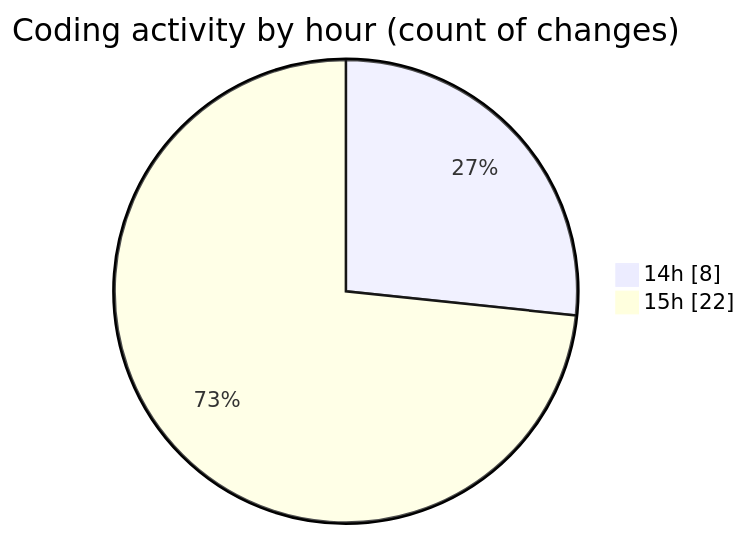
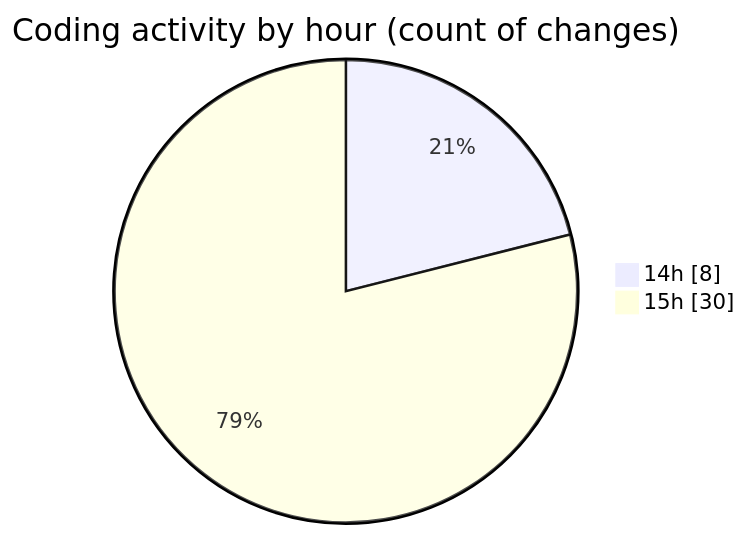
Before and after one commit to nxtqubesakshisongat/code-tracking: the second of 2 diagrams in 2025-11-12/argos/README.md, drawn with Mermaid. The commit also changed other lines of this file and 1 other file, not shown here.

````diff
--- a/2025-11-12/argos/README.md
+++ b/2025-11-12/argos/README.md
@@ -31,6 +37,6 @@
 ```mermaid
 pie showData
 title Coding activity by hour (count of changes)
 "14h" : 8
-"15h" : 22
+"15h" : 30
 ```
````
